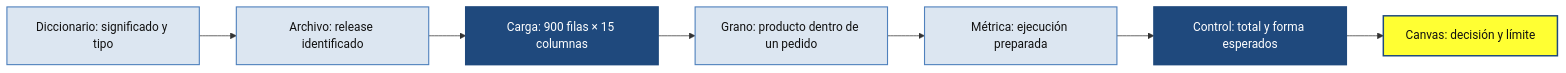
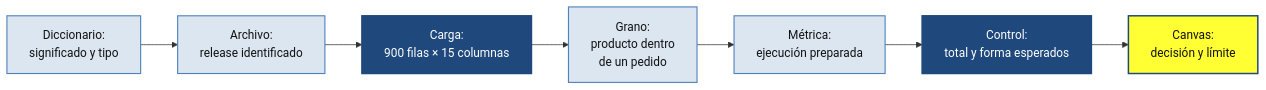
The diagram in assets/diagrams/source/u01-laboratorio-recorrido.mmd (fncolque/analisis-datos-utn-frc-site), drawn with Mermaid before and after one commit. The commit also changed 28 other files, not shown here.

```diff
--- a/assets/diagrams/source/u01-laboratorio-recorrido.mmd
+++ b/assets/diagrams/source/u01-laboratorio-recorrido.mmd
@@ -1,14 +1,14 @@
 flowchart LR
-    A["Diccionario: significado y tipo"] --> B["Archivo: release identificado"]
-    B --> C["Carga: 900 filas × 15 columnas"]
-    C --> D["Grano: producto dentro de un pedido"]
-    D --> E["Métrica: ejecución preparada"]
-    E --> F["Control: total y forma esperados"]
-    F --> G["Canvas: decisión y límite"]
+    A["Diccionario:<br/>significado y tipo"] --> B["Archivo:<br/>release identificado"]
+    B --> C["Carga:<br/>900 filas × 15 columnas"]
+    C --> D["Grano:<br/>producto dentro<br/>de un pedido"]
+    D --> E["Métrica:<br/>ejecución preparada"]
+    E --> F["Control:<br/>total y forma esperados"]
+    F --> G["Canvas:<br/>decisión y límite"]
 
     classDef primary fill:#1F497D,color:#FFFFFF,stroke:#1F497D,stroke-width:2px;
     classDef accent fill:#FFFF33,color:#111111,stroke:#1F497D,stroke-width:2px;
     classDef pale fill:#DCE6F1,color:#111111,stroke:#4F81BD,stroke-width:1.5px;
     class A,B,D,E pale;
     class C,F primary;
     class G accent;
```
